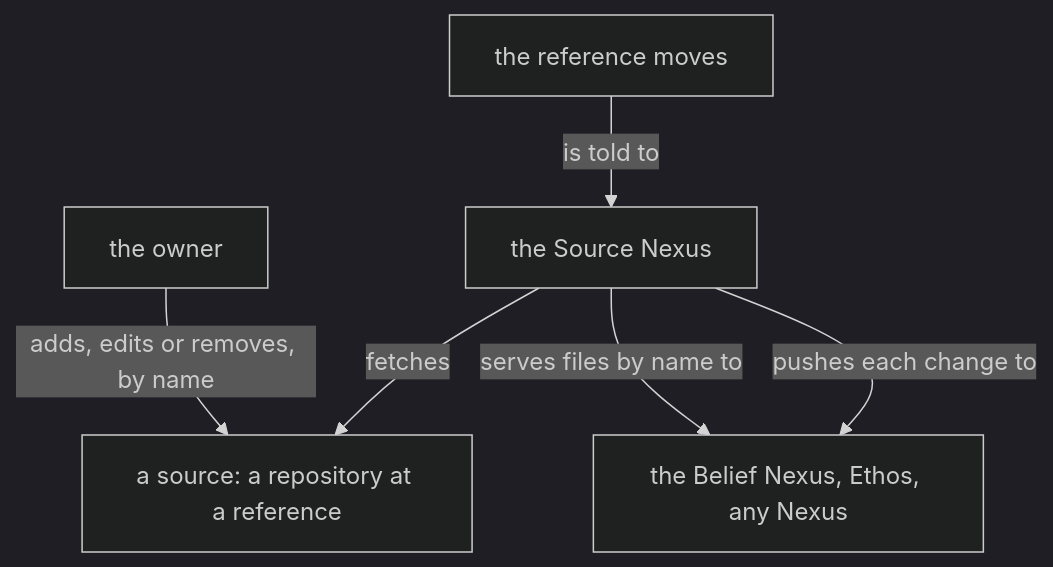
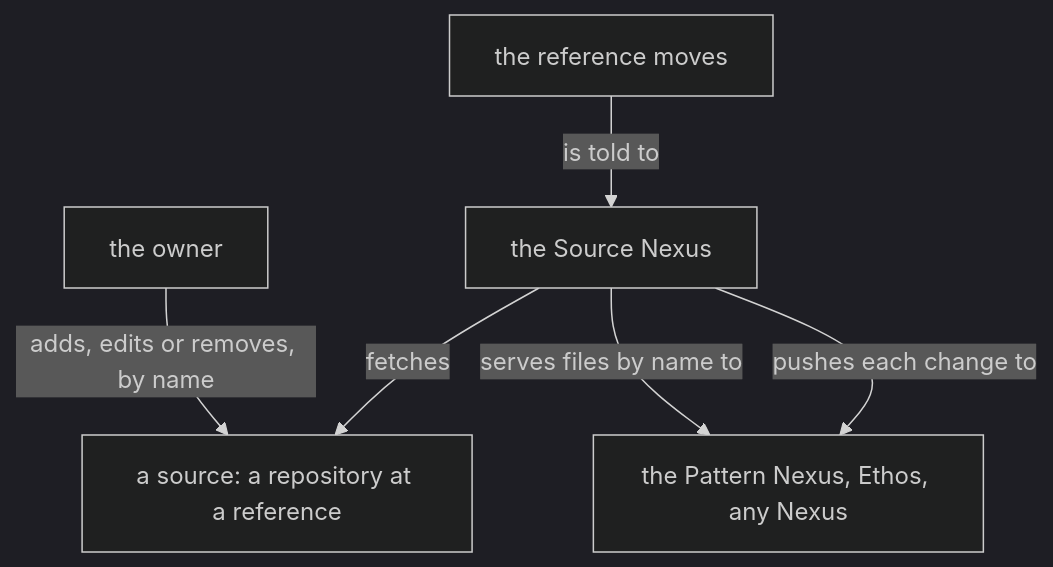
Before and after one commit to LiGoldragon/mind-belief: the diagram in notion/source-nexus/0.md, drawn with Mermaid (dark theme). The commit also changed other lines of this file and 4 other files, not shown here.

First line of the commit message:
belief becomes pattern, in prose (the living's word)

````diff
--- a/notion/source-nexus/0.md
+++ b/notion/source-nexus/0.md
@@ -16,8 +16,8 @@
 ```mermaid
 flowchart TB
     o["the owner"] -- "adds, edits or removes, by name" --> s["a source: a repository at a reference"]
     e["the reference moves"] -- "is told to" --> n["the Source Nexus"]
     n -- "fetches" --> s
-    n -- "serves files by name to" --> c["the Belief Nexus, Ethos, any Nexus"]
+    n -- "serves files by name to" --> c["the Pattern Nexus, Ethos, any Nexus"]
     n -- "pushes each change to" --> c
 ```
````
